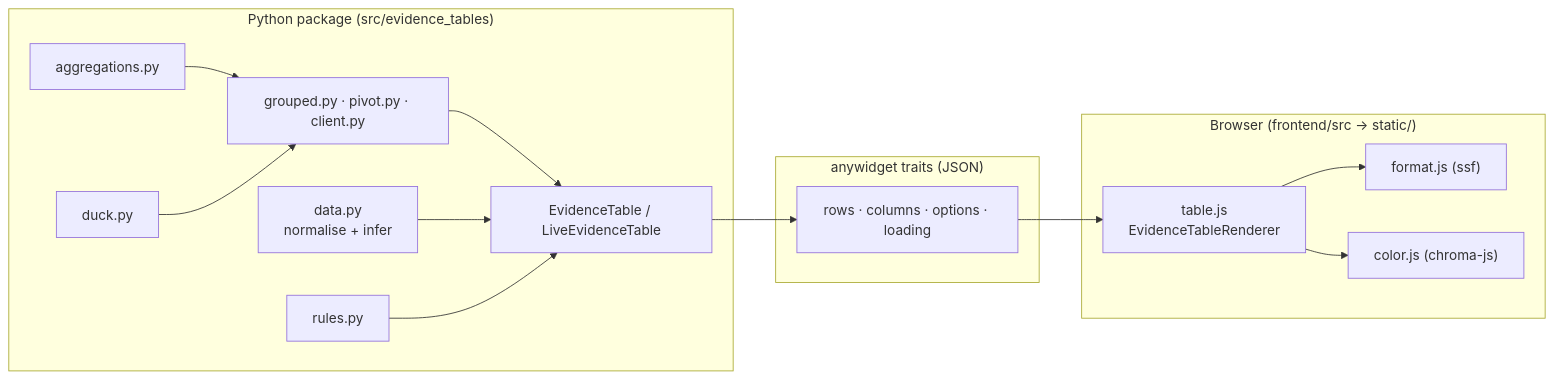
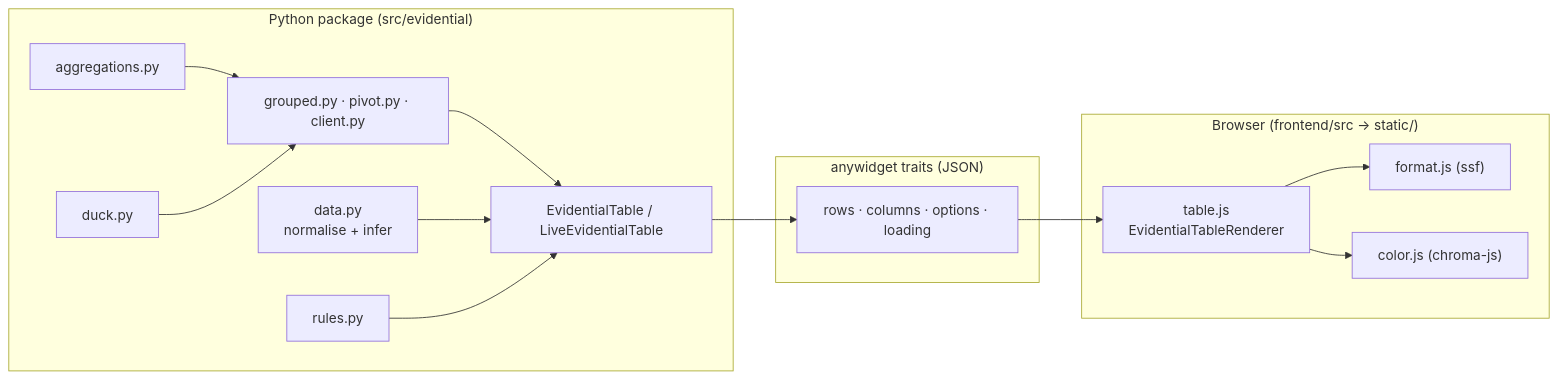
One commit to edouardp/evidential changed the first of 11 diagrams in docs/technical-architecture.md. Above: the diagram before and after it, drawn with Mermaid. The commit also changed other lines of this file and 87 other files, not shown here.

````diff
--- a/docs/technical-architecture.md
+++ b/docs/technical-architecture.md
@@ -16,27 +16,27 @@
 ```mermaid
 flowchart LR
-  subgraph Python["Python package (src/evidence_tables)"]
-    ET["EvidenceTable / LiveEvidenceTable"]
+  subgraph Python["Python package (src/evidential)"]
+    ET["EvidentialTable / LiveEvidentialTable"]
     DATA["data.py<br/>normalise + infer"]
     G["grouped.py · pivot.py · client.py"]
     R["rules.py"]
     A["aggregations.py"]
     D["duck.py"]
   end
   subgraph Wire["anywidget traits (JSON)"]
     T["rows · columns · options · loading"]
   end
   subgraph JS["Browser (frontend/src → static/)"]
-    TB["table.js<br/>EvidenceTableRenderer"]
+    TB["table.js<br/>EvidentialTableRenderer"]
     F["format.js (ssf)"]
     C["color.js (chroma-js)"]
   end
   G --> ET
   DATA --> ET
   R --> ET
   A --> G
   D --> G
   ET --> T --> TB
   TB --> F
   TB --> C
 ```
````
